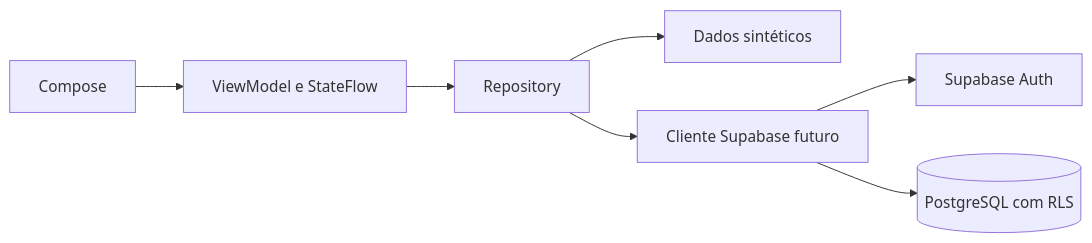
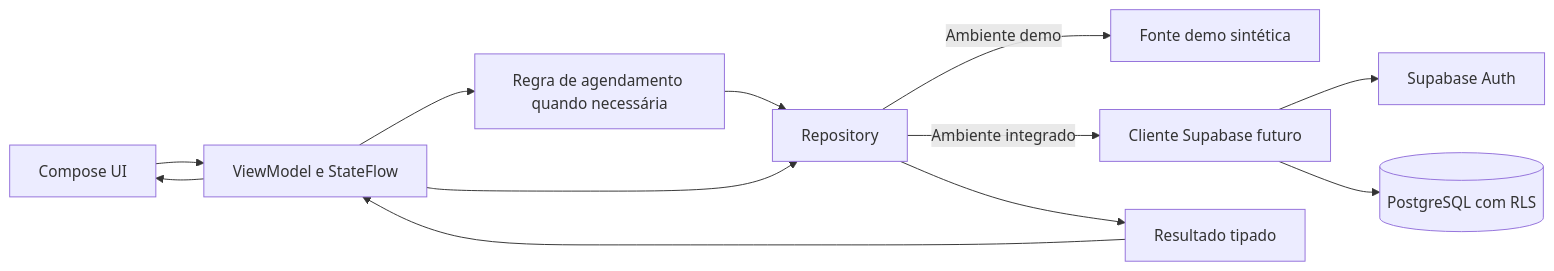
One commit to KatiaSato/Doe_Sangue changed the diagram in docs/06-arquitetura.md. Above: the diagram before and after it, drawn with Mermaid. The commit also changed other lines of this file and 10 other files, not shown here.

````diff
--- a/docs/06-arquitetura.md
+++ b/docs/06-arquitetura.md
@@ -9,9 +13,14 @@
 ```mermaid
 flowchart LR
-    UI[Compose] --> VM[ViewModel e StateFlow]
-    VM --> R[Repository]
-    R --> DEMO[Dados sintéticos]
-    R --> API[Cliente Supabase futuro]
-    API --> AUTH[Supabase Auth]
-    API --> DB[(PostgreSQL com RLS)]
+    ui[Compose UI] --> vm[ViewModel e StateFlow]
+    vm --> rule[Regra de agendamento quando necessária]
+    rule --> repo[Repository]
+    vm --> repo
+    repo -->|"Ambiente demo"| demo[Fonte demo sintética]
+    repo -->|"Ambiente integrado"| supabase[Cliente Supabase futuro]
+    supabase --> auth[Supabase Auth]
+    supabase --> db[(PostgreSQL com RLS)]
+    repo --> state[Resultado tipado]
+    state --> vm
+    vm --> ui
 ```
````
